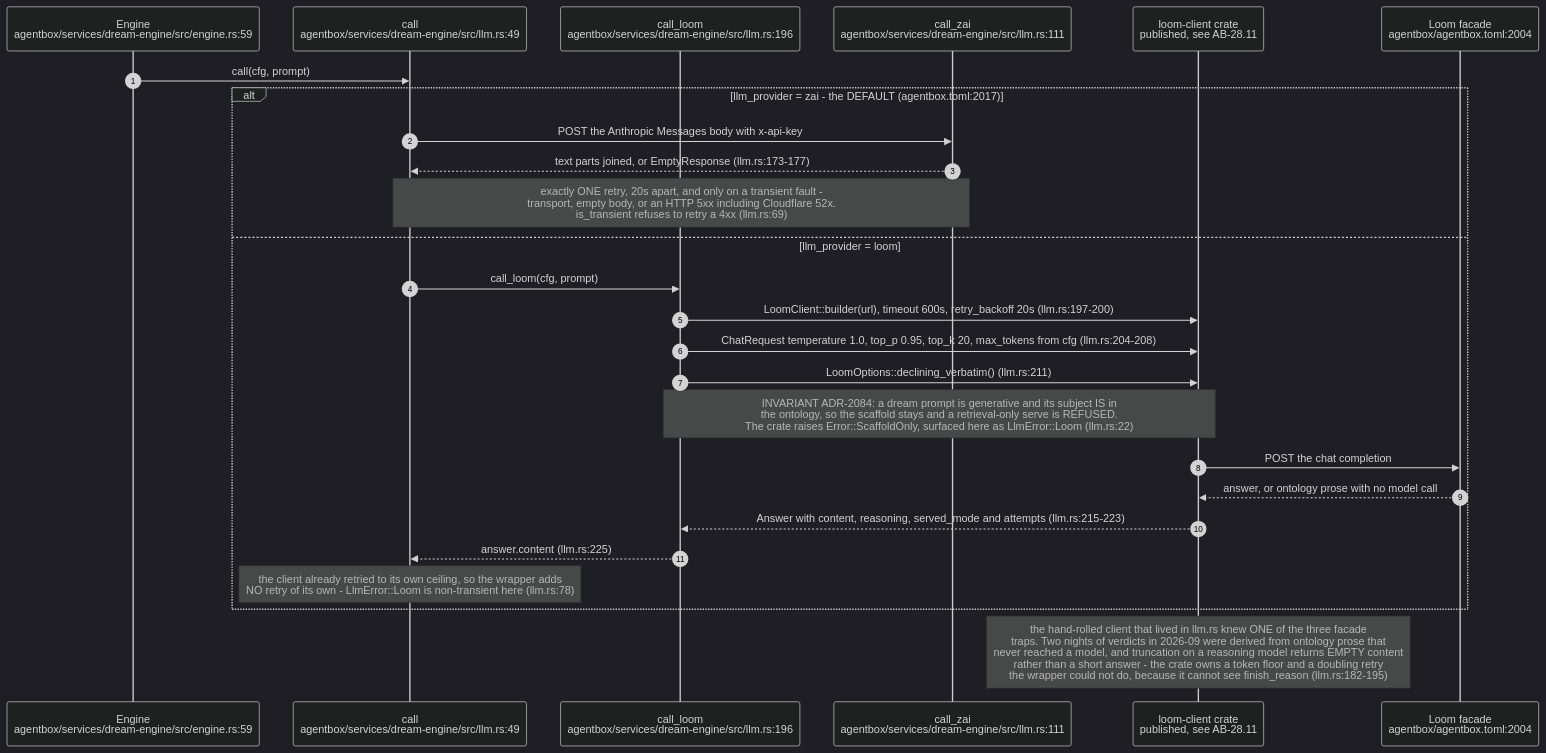
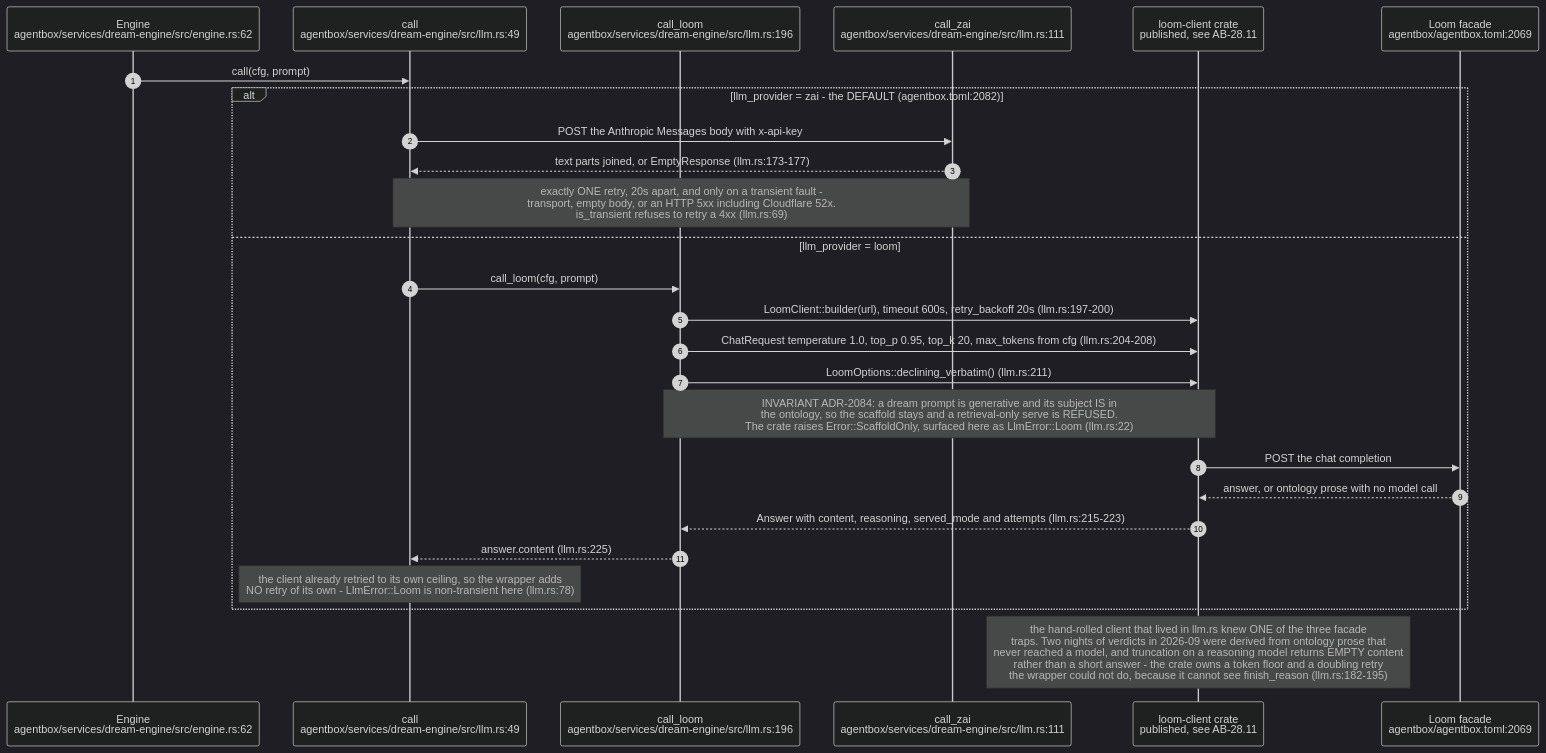
Before and after one commit to DreamLab-AI/VisionFlow: diagram 15 of 18 in docs/diagrams/agentbox/23-dream-engine.md, drawn with Mermaid (dark theme). The commit also changed other lines of this file and 136 other files, not shown here.

First line of the commit message:
docs(diagrams): refresh the whole corpus to code HEAD and prune low-value diagrams

````diff
--- a/docs/diagrams/agentbox/23-dream-engine.md
+++ b/docs/diagrams/agentbox/23-dream-engine.md
@@ -680,29 +770,29 @@
 ```mermaid
 sequenceDiagram
     autonumber
-    participant ENG as Engine<br/>agentbox/services/dream-engine/src/engine.rs:59
+    participant ENG as Engine<br/>agentbox/services/dream-engine/src/engine.rs:62
     participant CALL as call<br/>agentbox/services/dream-engine/src/llm.rs:49
     participant LOOM as call_loom<br/>agentbox/services/dream-engine/src/llm.rs:196
     participant ZAI as call_zai<br/>agentbox/services/dream-engine/src/llm.rs:111
     participant CRATE as loom-client crate<br/>published, see AB-28.11
-    participant F as Loom facade<br/>agentbox/agentbox.toml:2004
+    participant F as Loom facade<br/>agentbox/agentbox.toml:2069
 
     ENG->>CALL: call(cfg, prompt)
-    alt llm_provider = zai - the DEFAULT (agentbox.toml:2017)
+    alt llm_provider = zai - the DEFAULT (agentbox.toml:2082)
         CALL->>ZAI: POST the Anthropic Messages body with x-api-key
         ZAI-->>CALL: text parts joined, or EmptyResponse (llm.rs:173-177)
         Note over CALL,ZAI: exactly ONE retry, 20s apart, and only on a transient fault -<br/>transport, empty body, or an HTTP 5xx including Cloudflare 52x.<br/>is_transient refuses to retry a 4xx (llm.rs:69)
     else llm_provider = loom
         CALL->>LOOM: call_loom(cfg, prompt)
         LOOM->>CRATE: LoomClient::builder(url), timeout 600s, retry_backoff 20s (llm.rs:197-200)
         LOOM->>CRATE: ChatRequest temperature 1.0, top_p 0.95, top_k 20, max_tokens from cfg (llm.rs:204-208)
         LOOM->>CRATE: LoomOptions::declining_verbatim() (llm.rs:211)
         Note over LOOM,CRATE: INVARIANT ADR-2084: a dream prompt is generative and its subject IS in<br/>the ontology, so the scaffold stays and a retrieval-only serve is REFUSED.<br/>The crate raises Error::ScaffoldOnly, surfaced here as LlmError::Loom (llm.rs:22)
         CRATE->>F: POST the chat completion
         F-->>CRATE: answer, or ontology prose with no model call
         CRATE-->>LOOM: Answer with content, reasoning, served_mode and attempts (llm.rs:215-223)
         LOOM-->>CALL: answer.content (llm.rs:225)
         Note over CALL: the client already retried to its own ceiling, so the wrapper adds<br/>NO retry of its own - LlmError::Loom is non-transient here (llm.rs:78)
     end
     Note over CRATE: the hand-rolled client that lived in llm.rs knew ONE of the three facade<br/>traps. Two nights of verdicts in 2026-09 were derived from ontology prose that<br/>never reached a model, and truncation on a reasoning model returns EMPTY content<br/>rather than a short answer - the crate owns a token floor and a doubling retry<br/>the wrapper could not do, because it cannot see finish_reason (llm.rs:182-195)
 ```
````
